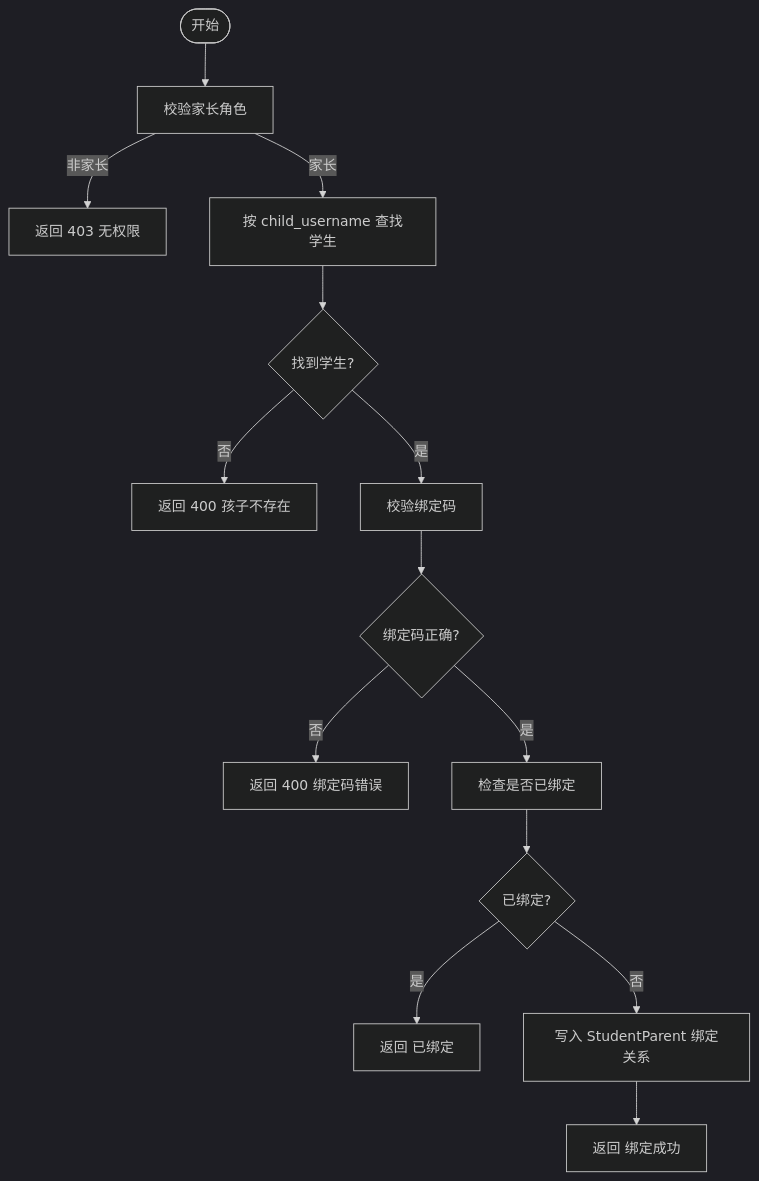
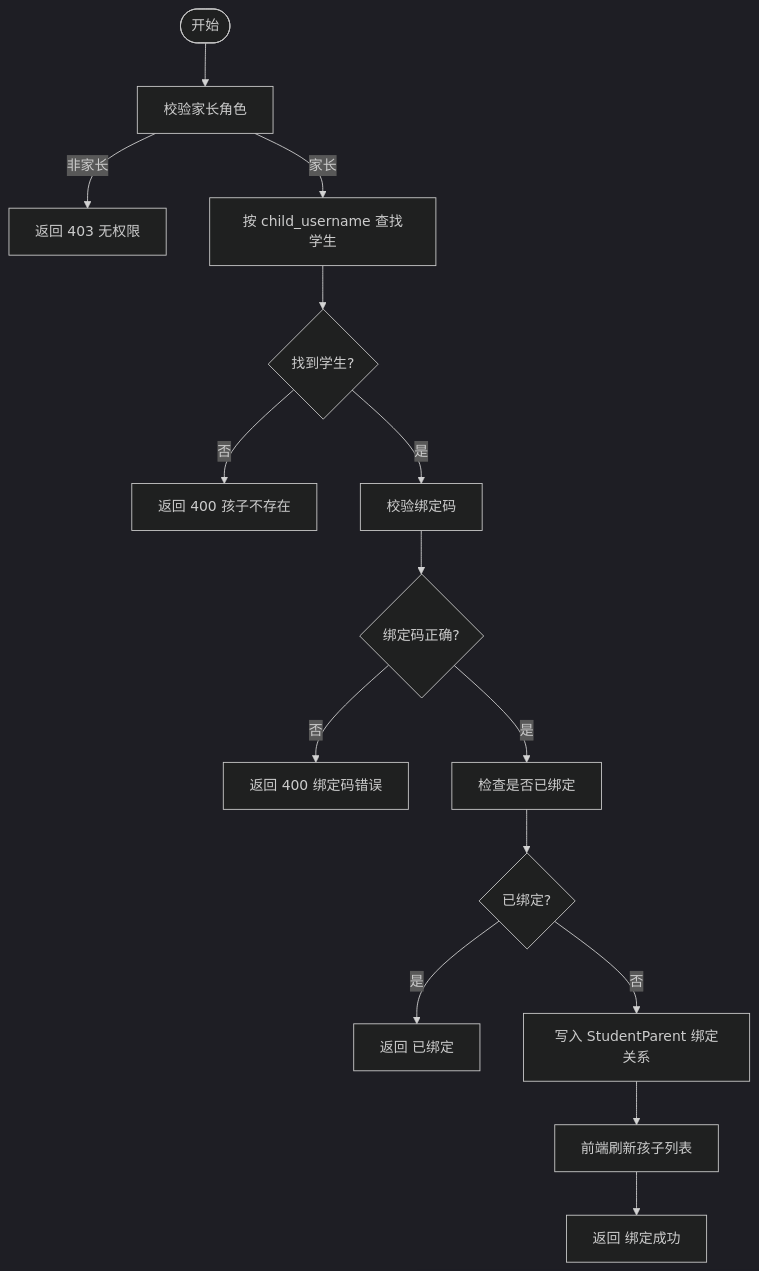
Before and after one commit to onebody/homework: the third of 5 diagrams in .qoder/repowiki/zh/content/API接口文档/家长绑定接口.md, drawn with Mermaid (dark theme). The commit also changed other lines of this file and 6 other files, not shown here.

````diff
--- a/.qoder/repowiki/zh/content/API接口文档/家长绑定接口.md
+++ b/.qoder/repowiki/zh/content/API接口文档/家长绑定接口.md
@@ -179,16 +205,17 @@
 ```mermaid
 flowchart TD
 Start(["开始"]) --> CheckRole["校验家长角色"]
 CheckRole --> |非家长| Err403["返回 403 无权限"]
 CheckRole --> |家长| FindChild["按 child_username 查找学生"]
 FindChild --> ChildFound{"找到学生?"}
 ChildFound --> |否| Err400a["返回 400 孩子不存在"]
 ChildFound --> |是| VerifyCode["校验绑定码"]
 VerifyCode --> CodeOK{"绑定码正确?"}
 CodeOK --> |否| Err400b["返回 400 绑定码错误"]
 CodeOK --> |是| DupCheck["检查是否已绑定"]
 DupCheck --> IsDup{"已绑定?"}
 IsDup --> |是| OkDup["返回 已绑定"]
 IsDup --> |否| CreateBind["写入 StudentParent 绑定关系"]
-CreateBind --> Ok["返回 绑定成功"]
+CreateBind --> Frontend["前端刷新孩子列表"]
+Frontend --> Ok["返回 绑定成功"]
 ```
````
